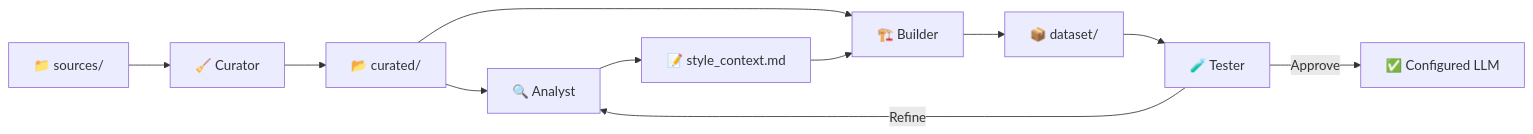
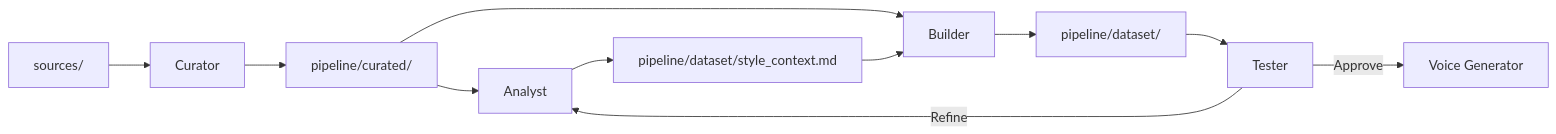
One commit to luisgarciadiaz/VoxMea changed the diagram in agents.md. Above: the diagram before and after it, drawn with Mermaid. The commit also changed other lines of this file and 4 other files, not shown here.

Commit message:
feat: implement Voice Generator agent and integrate it into the pipeline workflow

````diff
--- a/agents.md
+++ b/agents.md
@@ -100,13 +94,13 @@
 ```mermaid
 graph LR
-    A[📁 sources/] --> B[🧹 Curator]
-    B --> C[📂 curated/]
-    C --> D[🔍 Analyst]
-    D --> E[📝 style_context.md]
-    C --> F[🏗️ Builder]
+    A[sources/] --> B[Curator]
+    B --> C[pipeline/curated/]
+    C --> D[Analyst]
+    D --> E[pipeline/dataset/style_context.md]
+    C --> F[Builder]
     E --> F
-    F --> G[📦 dataset/]
-    G --> H[🧪 Tester]
+    F --> G[pipeline/dataset/]
+    G --> H[Tester]
     H -->|Refine| D
-    H -->|Approve| I[✅ Configured LLM]
+    H -->|Approve| I[Voice Generator]
 ```
````
